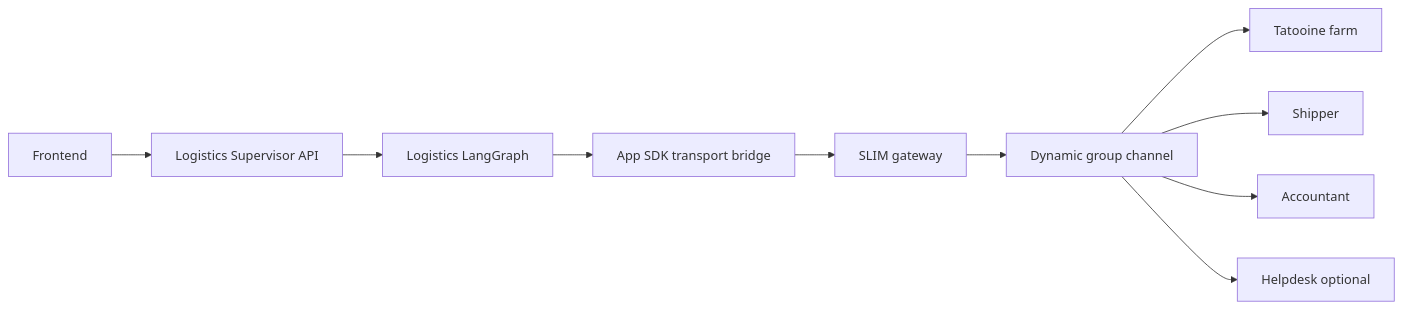
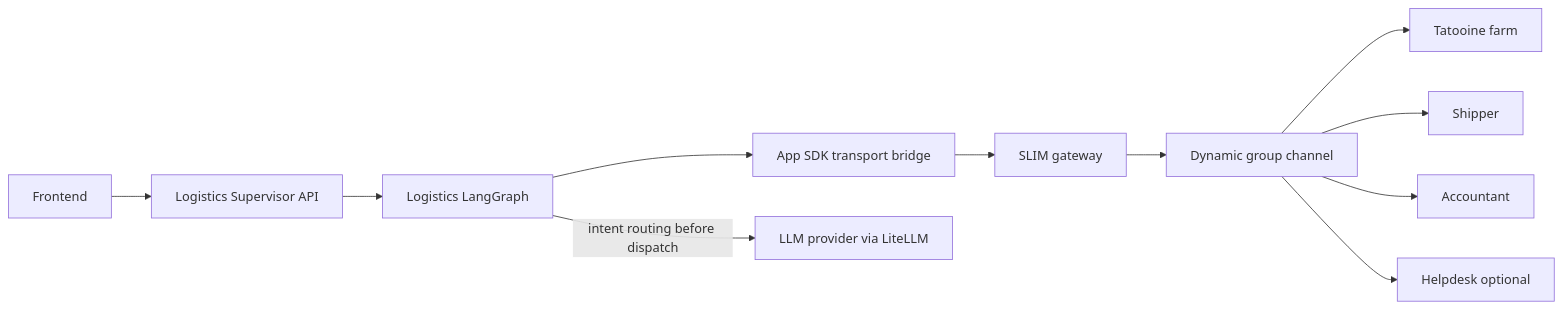
One commit to agntcy/coffeeAgntcy changed the second of 3 diagrams in coffeeAGNTCY/coffee_agents/lungo/README.md. Above: the diagram before and after it, drawn with Mermaid. The commit also changed other lines of this file and 1 other file, not shown here.

````diff
--- a/coffeeAGNTCY/coffee_agents/lungo/README.md
+++ b/coffeeAGNTCY/coffee_agents/lungo/README.md
@@ -95,23 +110,25 @@
 ```mermaid
 flowchart LR
     UI[Frontend]
     API[Logistics Supervisor API]
     GRAPH[Logistics LangGraph]
     SDK[App SDK transport bridge]
     SLIM[SLIM gateway]
     GROUP[Dynamic group channel]
     FARM[Tatooine farm]
     SHIPPER[Shipper]
     ACCOUNTANT[Accountant]
     HELPDESK[Helpdesk optional]
+    LLM[LLM provider via LiteLLM]
 
     UI --> API
     API --> GRAPH
     GRAPH --> SDK
     SDK --> SLIM
     SLIM --> GROUP
     GROUP --> FARM
     GROUP --> SHIPPER
     GROUP --> ACCOUNTANT
     GROUP --> HELPDESK
+    GRAPH -->|intent routing before dispatch| LLM
 ```
````
